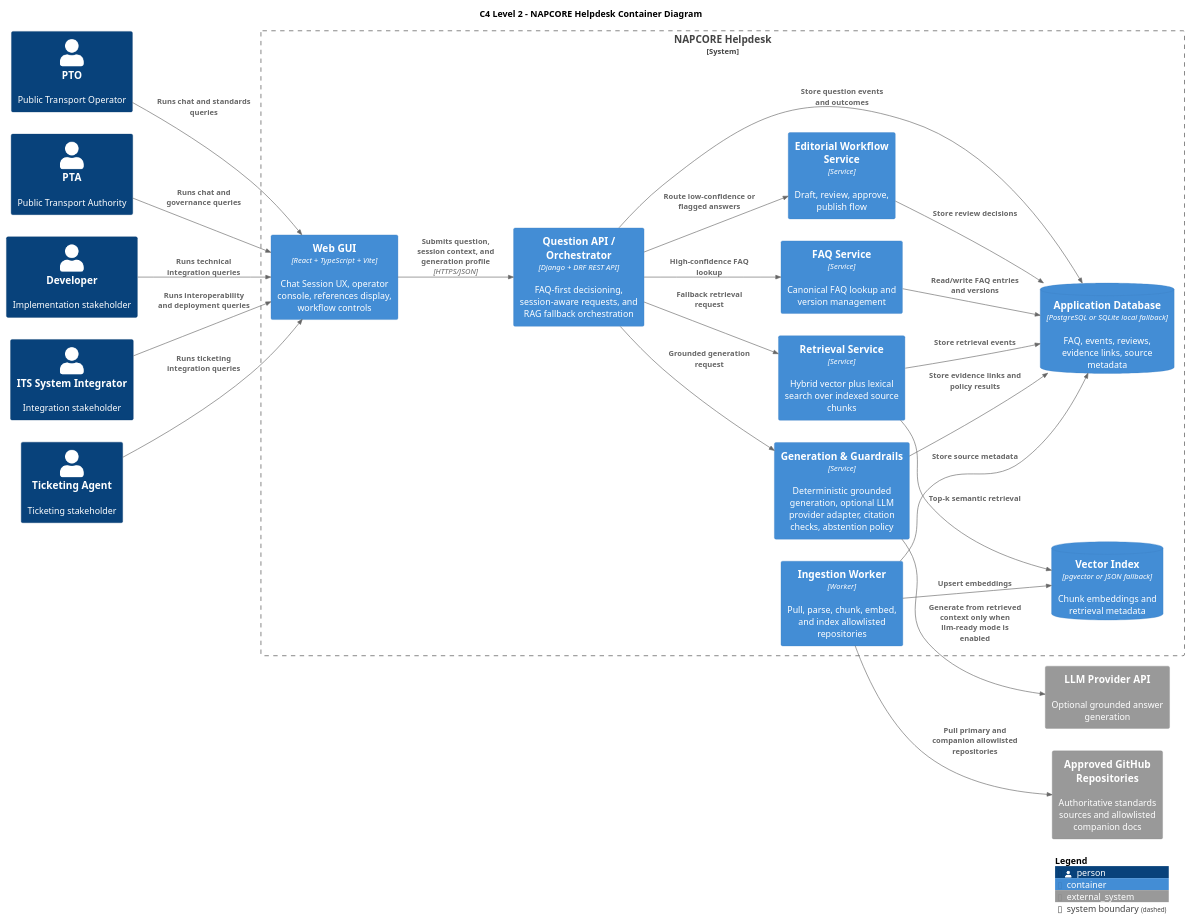
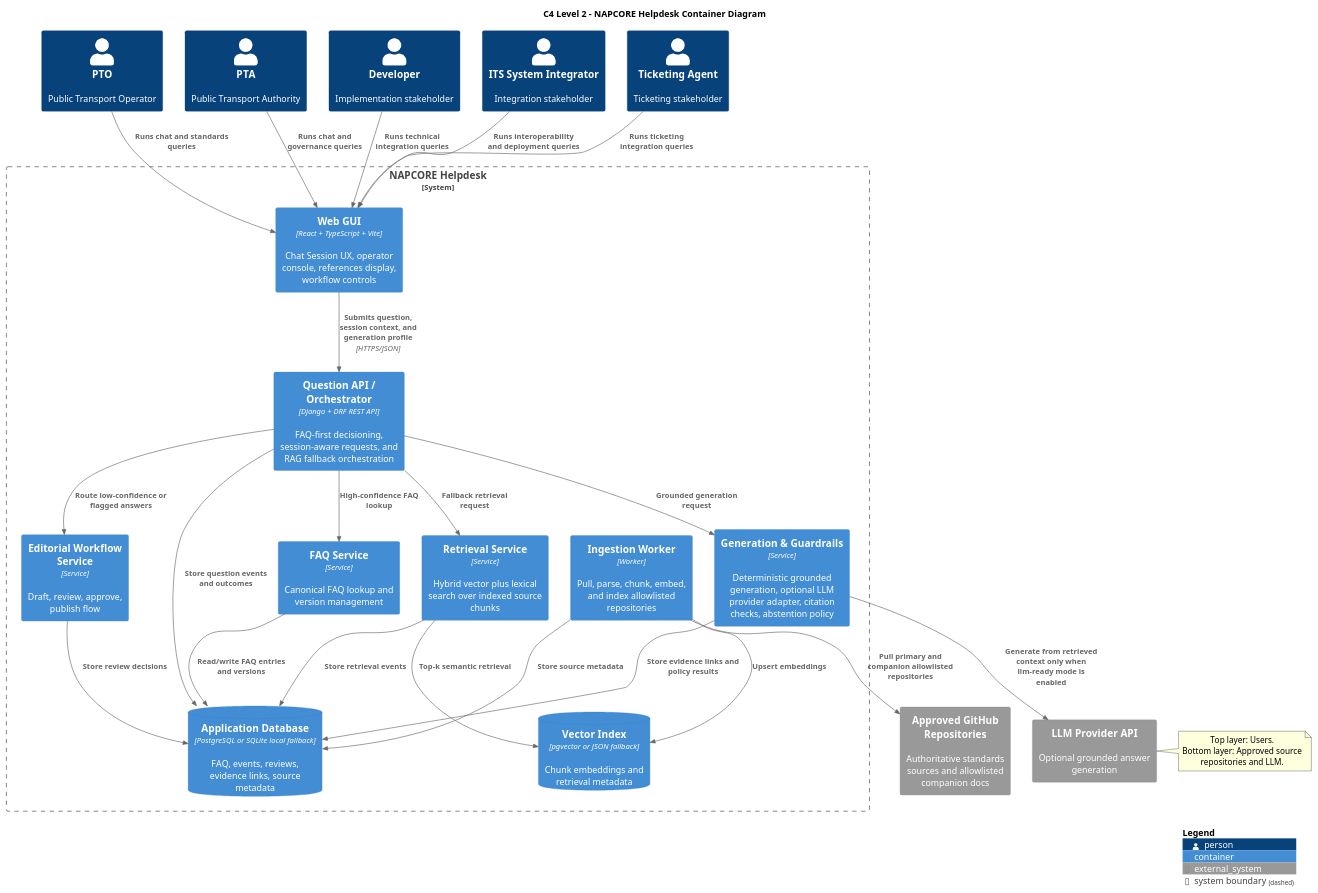
One commit to UM-KGPI/NapcoreHelpdesk changed the diagram in docs/architecture/c4-container.puml. Above: the diagram before and after it, drawn with PlantUML. The commit also changed 58 other files, not shown here.

Commit message:
feat: update UI/diagrams and retrieval architecture baseline

```diff
--- a/docs/architecture/c4-container.puml
+++ b/docs/architecture/c4-container.puml
@@ -1,54 +1,69 @@
 @startuml
 !includeurl https://raw.githubusercontent.com/plantuml-stdlib/C4-PlantUML/master/C4_Container.puml
-
-LAYOUT_LEFT_RIGHT()
 
 title C4 Level 2 - NAPCORE Helpdesk Container Diagram
 
 Person(pto, "PTO", "Public Transport Operator")
 Person(pta, "PTA", "Public Transport Authority")
 Person(dev, "Developer", "Implementation stakeholder")
 Person(integrator, "ITS System Integrator", "Integration stakeholder")
 Person(ticketing, "Ticketing Agent", "Ticketing stakeholder")
 
 System_Ext(github, "Approved GitHub Repositories", "Authoritative standards sources and allowlisted companion docs")
 System_Ext(llm, "LLM Provider API", "Optional grounded answer generation")
 
 System_Boundary(boundary, "NAPCORE Helpdesk") {
   Container(gui, "Web GUI", "React + TypeScript + Vite", "Chat Session UX, operator console, references display, workflow controls")
   Container(api, "Question API / Orchestrator", "Django + DRF REST API", "FAQ-first decisioning, session-aware requests, and RAG fallback orchestration")
   Container(faq, "FAQ Service", "Service", "Canonical FAQ lookup and version management")
   Container(retrieval, "Retrieval Service", "Service", "Hybrid vector plus lexical search over indexed source chunks")
   Container(guardrails, "Generation & Guardrails", "Service", "Deterministic grounded generation, optional LLM provider adapter, citation checks, abstention policy")
   Container(editorial, "Editorial Workflow Service", "Service", "Draft, review, approve, publish flow")
   Container(ingest, "Ingestion Worker", "Worker", "Pull, parse, chunk, embed, and index allowlisted repositories")
   ContainerDb(pg, "Application Database", "PostgreSQL or SQLite local fallback", "FAQ, events, reviews, evidence links, source metadata")
   ContainerDb(vdb, "Vector Index", "pgvector or JSON fallback", "Chunk embeddings and retrieval metadata")
 }
 
 Rel(pto, gui, "Runs chat and standards queries")
 Rel(pta, gui, "Runs chat and governance queries")
 Rel(dev, gui, "Runs technical integration queries")
 Rel(integrator, gui, "Runs interoperability and deployment queries")
 Rel(ticketing, gui, "Runs ticketing integration queries")
 
 Rel(gui, api, "Submits question, session context, and generation profile", "HTTPS/JSON")
 Rel(api, faq, "High-confidence FAQ lookup")
 Rel(api, retrieval, "Fallback retrieval request")
 Rel(api, guardrails, "Grounded generation request")
 Rel(api, editorial, "Route low-confidence or flagged answers")
 Rel(api, pg, "Store question events and outcomes")
 
 Rel(faq, pg, "Read/write FAQ entries and versions")
 Rel(retrieval, vdb, "Top-k semantic retrieval")
 Rel(retrieval, pg, "Store retrieval events")
 Rel(guardrails, llm, "Generate from retrieved context only when llm-ready mode is enabled")
 Rel(guardrails, pg, "Store evidence links and policy results")
 Rel(editorial, pg, "Store review decisions")
 Rel(ingest, github, "Pull primary and companion allowlisted repositories")
 Rel(ingest, vdb, "Upsert embeddings")
 Rel(ingest, pg, "Store source metadata")
 
+' Top layer: actors horizontally
+Lay_R(pto, pta)
+Lay_R(pta, dev)
+Lay_R(dev, integrator)
+Lay_R(integrator, ticketing)
+' Middle: helpdesk system below actors
+Lay_D(pto, gui)
+' Bottom layer: external systems below helpdesk boundary
+Lay_D(boundary, github)
+Lay_D(boundary, llm)
+Lay_R(github, llm)
+
+note right of llm
+Top layer: Users.
+Bottom layer: Approved source repositories and LLM.
+end note
+
 SHOW_LEGEND()
 
 @enduml
```
